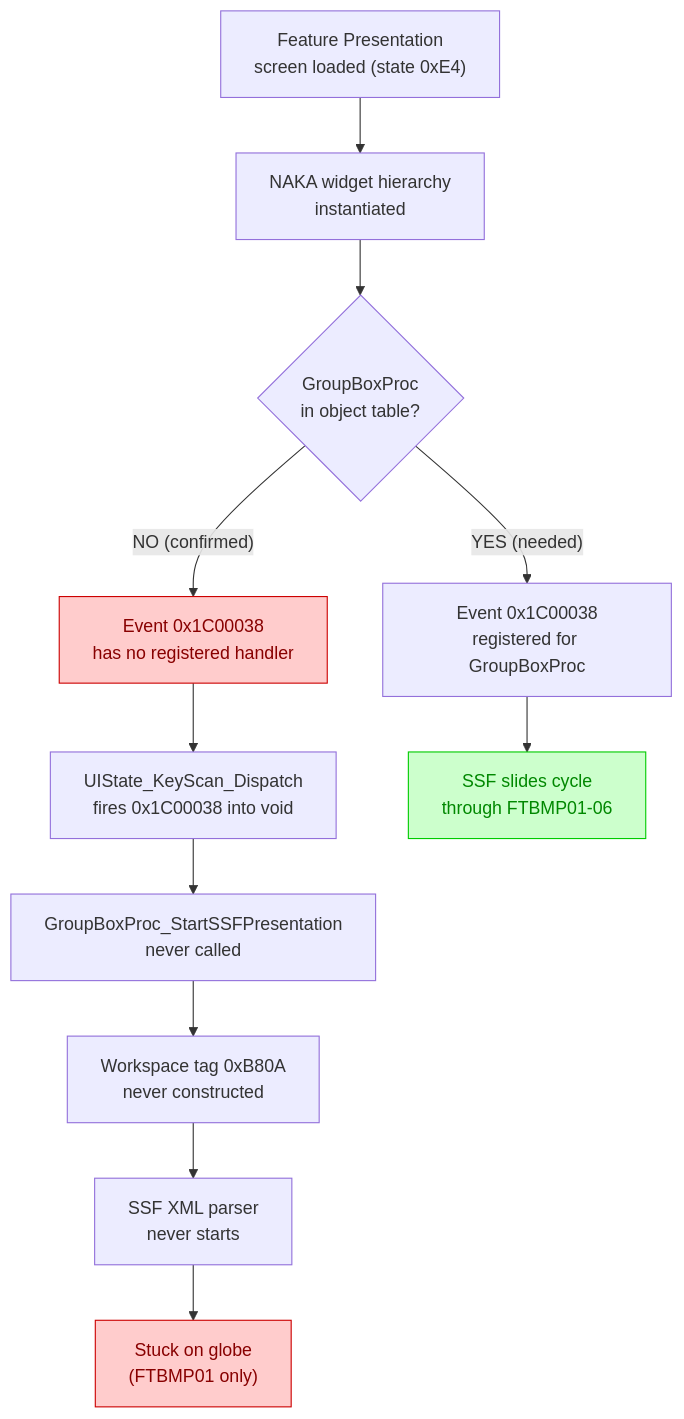
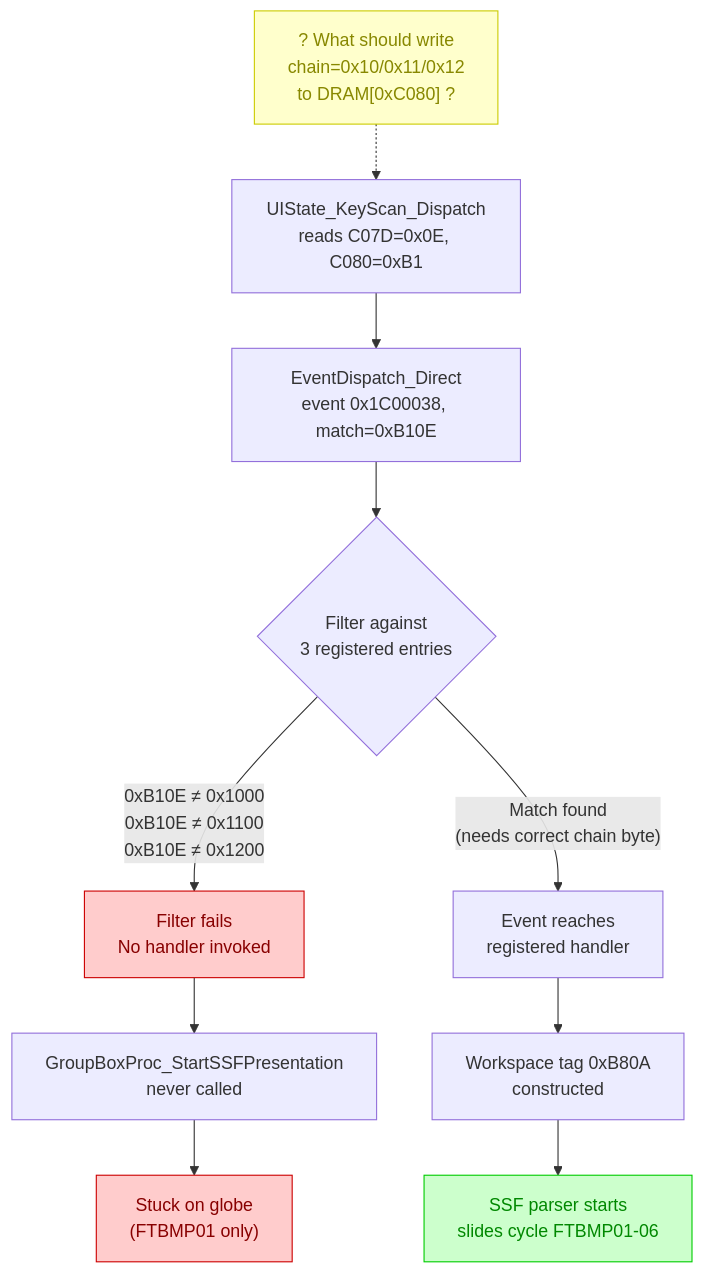
One commit to ArqueologiaDigital/KN5000-docs changed the seventh of 7 diagrams in ssf-presentation.md. Above: the diagram before and after it, drawn with Mermaid. The commit also changed other lines of this file, not shown here.

Commit message:
Update SSF docs: write tap investigation underway, fix root cause flowchart after trace4

````diff
--- a/ssf-presentation.md
+++ b/ssf-presentation.md
@@ -853,18 +860,19 @@
 ```mermaid
 flowchart TD
-    SCREEN["Feature Presentation<br/>screen loaded (state 0xE4)"] --> NAKA["NAKA widget hierarchy<br/>instantiated"]
-    NAKA --> CHECK{"GroupBoxProc<br/>in object table?"}
-    CHECK -- "NO (confirmed)" --> NOREG["Event 0x1C00038<br/>has no registered handler"]
-    NOREG --> NOEVT["UIState_KeyScan_Dispatch<br/>fires 0x1C00038 into void"]
-    NOEVT --> NOSSF["GroupBoxProc_StartSSFPresentation<br/>never called"]
-    NOSSF --> NOB80A["Workspace tag 0xB80A<br/>never constructed"]
-    NOB80A --> NOPARSE["SSF XML parser<br/>never starts"]
-    NOPARSE --> STUCK["Stuck on globe<br/>(FTBMP01 only)"]
+    KEYSCAN["UIState_KeyScan_Dispatch<br/>reads C07D=0x0E, C080=0xB1"] --> DISPATCH["EventDispatch_Direct<br/>event 0x1C00038, match=0xB10E"]
+    DISPATCH --> FILTER{"Filter against<br/>3 registered entries"}
+    FILTER -- "0xB10E ≠ 0x1000<br/>0xB10E ≠ 0x1100<br/>0xB10E ≠ 0x1200" --> NOMATCH["Filter fails<br/>No handler invoked"]
+    NOMATCH --> NOSSF["GroupBoxProc_StartSSFPresentation<br/>never called"]
+    NOSSF --> STUCK["Stuck on globe<br/>(FTBMP01 only)"]
 
-    CHECK -- "YES (needed)" --> REG["Event 0x1C00038<br/>registered for GroupBoxProc"]
-    REG --> SSF["SSF slides cycle<br/>through FTBMP01-06"]
+    FILTER -- "Match found<br/>(needs correct chain byte)" --> HANDLER["Event reaches<br/>registered handler"]
+    HANDLER --> B80A["Workspace tag 0xB80A<br/>constructed"]
+    B80A --> SSF["SSF parser starts<br/>slides cycle FTBMP01-06"]
 
-    style NOREG fill:#fcc,stroke:#c00,color:#800
+    QUESTION["? What should write<br/>chain=0x10/0x11/0x12<br/>to DRAM[0xC080] ?"] -.-> KEYSCAN
+
+    style NOMATCH fill:#fcc,stroke:#c00,color:#800
     style STUCK fill:#fcc,stroke:#c00,color:#800
     style SSF fill:#cfc,stroke:#0c0,color:#080
+    style QUESTION fill:#ffc,stroke:#cc0,color:#880
 ```
````
